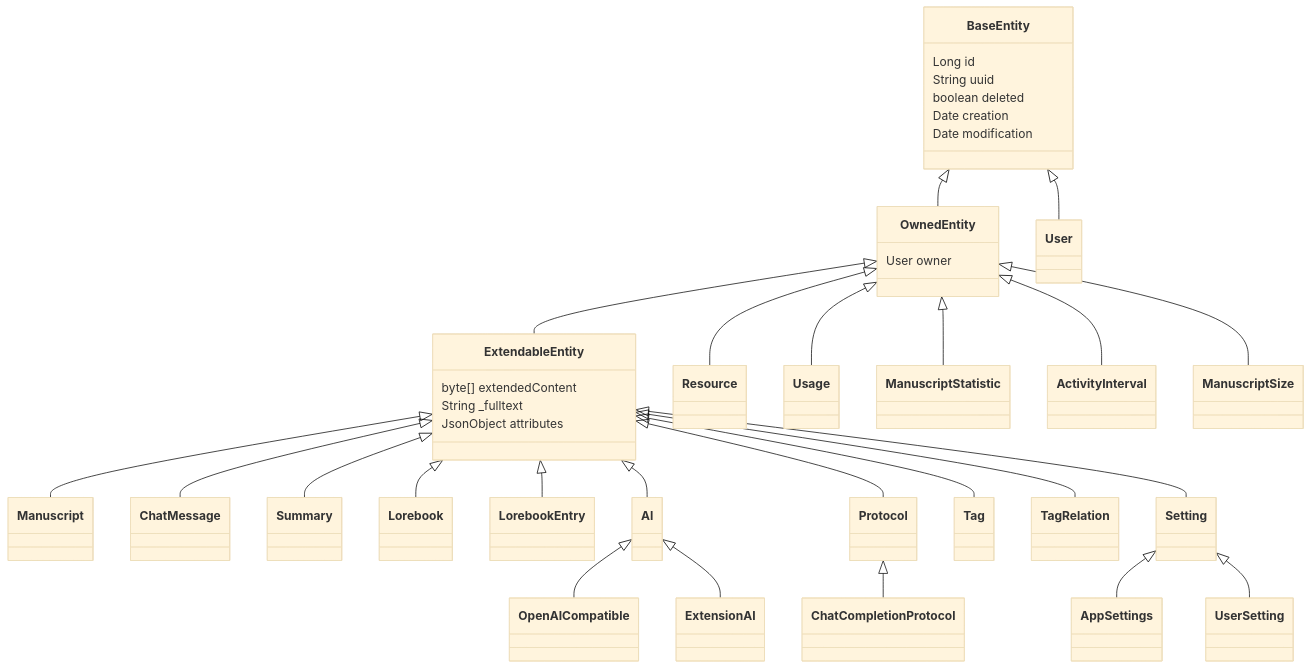
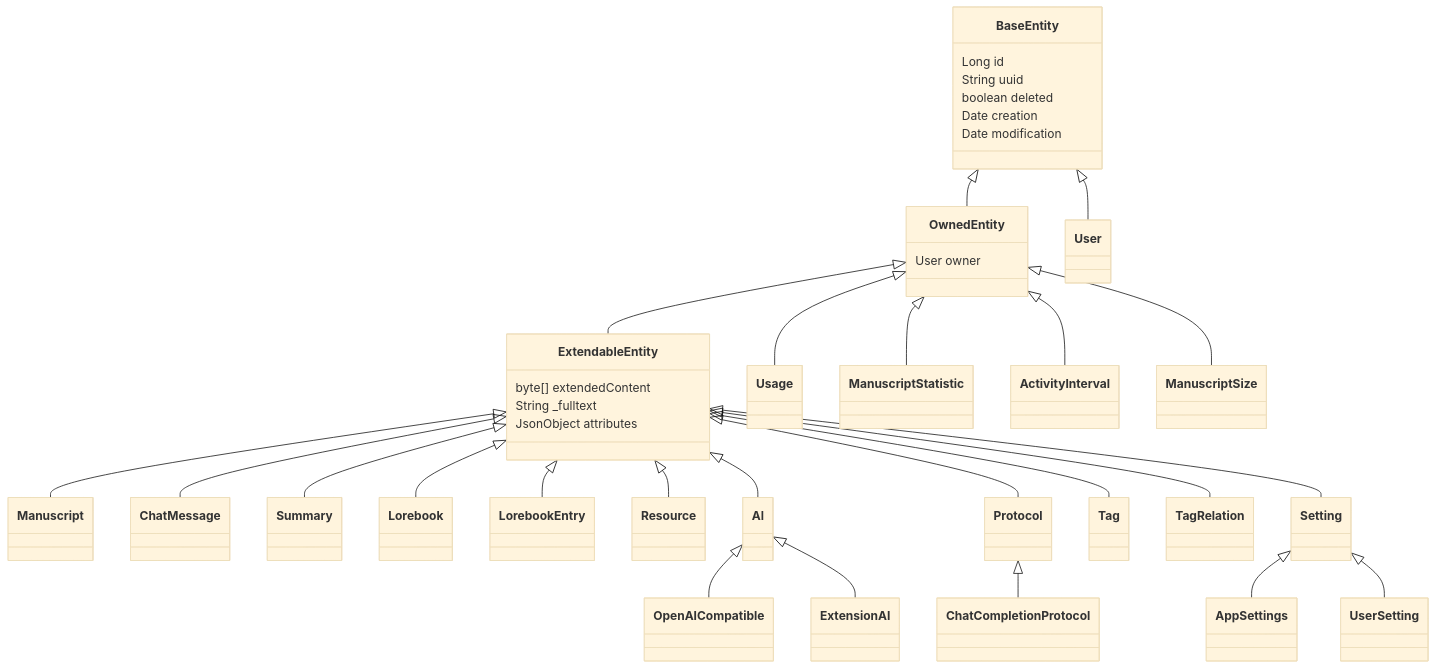
One commit to Enerccio/Marginalia changed the second of 3 diagrams in manual/developer/domain-model.md. Above: the diagram before and after it, drawn with Mermaid (base theme). The commit also changed other lines of this file and 13 other files, not shown here.

Commit message:
Resource is an ExtendableEntity (migration V33): the data of extensions about a file, carried by copies, book backups and lorebook files (ResourceService.withAttributes)

````diff
--- a/manual/developer/domain-model.md
+++ b/manual/developer/domain-model.md
@@ -87,41 +87,41 @@
 ```mermaid
 classDiagram
     class BaseEntity {
         Long id
         String uuid
         boolean deleted
         Date creation
         Date modification
     }
     class OwnedEntity {
         User owner
     }
     class ExtendableEntity {
         byte[] extendedContent
         String _fulltext
         JsonObject attributes
     }
     BaseEntity <|-- User
     BaseEntity <|-- OwnedEntity
-    OwnedEntity <|-- Resource
     OwnedEntity <|-- ExtendableEntity
     ExtendableEntity <|-- Manuscript
     ExtendableEntity <|-- ChatMessage
     ExtendableEntity <|-- Summary
     ExtendableEntity <|-- Lorebook
     ExtendableEntity <|-- LorebookEntry
+    ExtendableEntity <|-- Resource
     OwnedEntity <|-- Usage
     OwnedEntity <|-- ManuscriptStatistic
     OwnedEntity <|-- ActivityInterval
     OwnedEntity <|-- ManuscriptSize
     ExtendableEntity <|-- AI
     ExtendableEntity <|-- Protocol
     ExtendableEntity <|-- Tag
     ExtendableEntity <|-- TagRelation
     ExtendableEntity <|-- Setting
     AI <|-- OpenAICompatible
     AI <|-- ExtensionAI
     Protocol <|-- ChatCompletionProtocol
     Setting <|-- AppSettings
     Setting <|-- UserSetting
 ```
````
